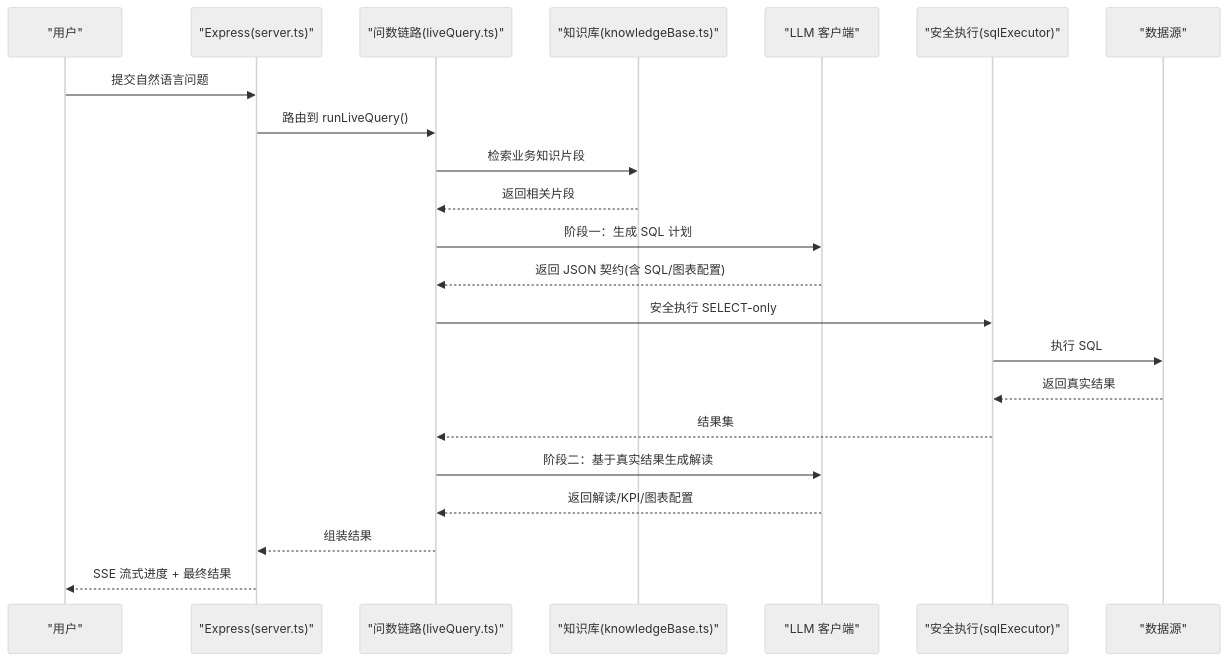
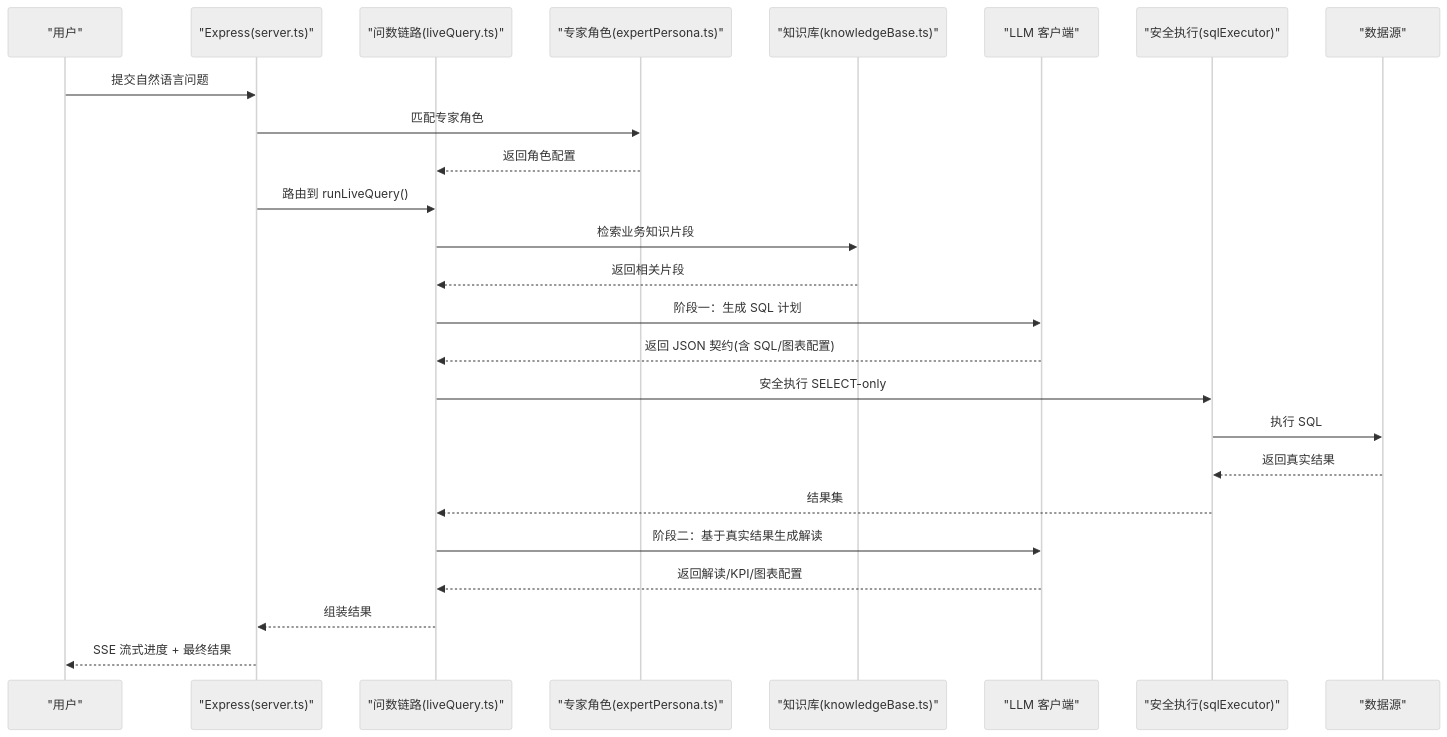
Before and after one commit to dgjin/smart-data-analytics: the second of 9 diagrams in .qoder/repowiki/zh/content/项目概述/系统介绍与特性.md, drawn with Mermaid (neutral theme). The commit also changed other lines of this file and 100 other files, not shown here.

````diff
--- a/.qoder/repowiki/zh/content/项目概述/系统介绍与特性.md
+++ b/.qoder/repowiki/zh/content/项目概述/系统介绍与特性.md
@@ -76,24 +103,27 @@
 ```mermaid
 sequenceDiagram
 participant U as "用户"
 participant S as "Express(server.ts)"
 participant Q as "问数链路(liveQuery.ts)"
+participant P as "专家角色(expertPersona.ts)"
 participant K as "知识库(knowledgeBase.ts)"
 participant L as "LLM 客户端"
 participant X as "安全执行(sqlExecutor)"
 participant DB as "数据源"
 U->>S : 提交自然语言问题
+S->>P : 匹配专家角色
+P-->>Q : 返回角色配置
 S->>Q : 路由到 runLiveQuery()
 Q->>K : 检索业务知识片段
 K-->>Q : 返回相关片段
 Q->>L : 阶段一：生成 SQL 计划
 L-->>Q : 返回 JSON 契约(含 SQL/图表配置)
 Q->>X : 安全执行 SELECT-only
 X->>DB : 执行 SQL
 DB-->>X : 返回真实结果
 X-->>Q : 结果集
 Q->>L : 阶段二：基于真实结果生成解读
 L-->>Q : 返回解读/KPI/图表配置
 Q-->>S : 组装结果
 S-->>U : SSE 流式进度 + 最终结果
 ```
````
